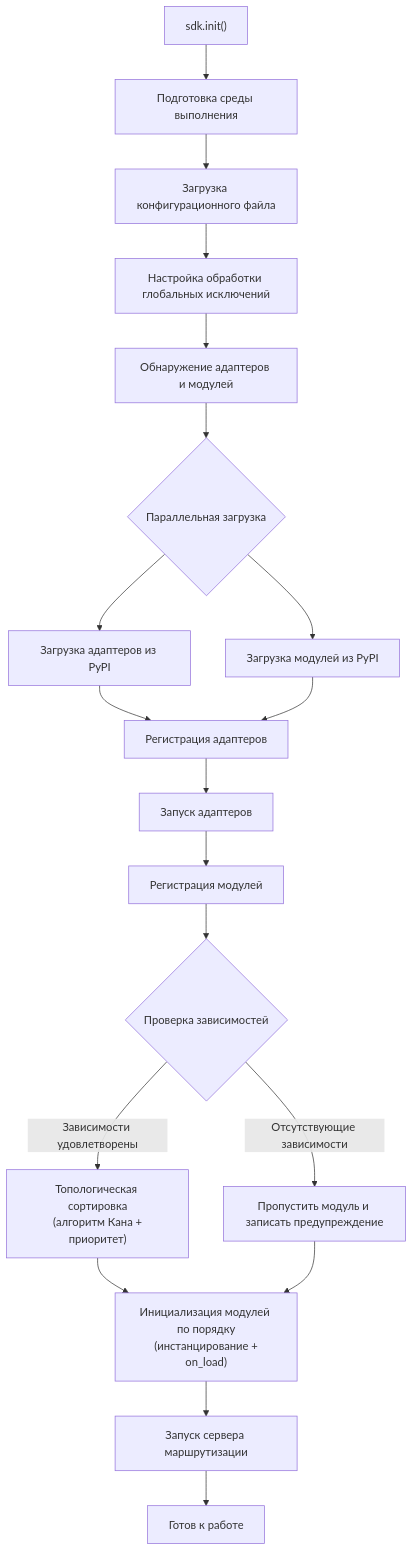
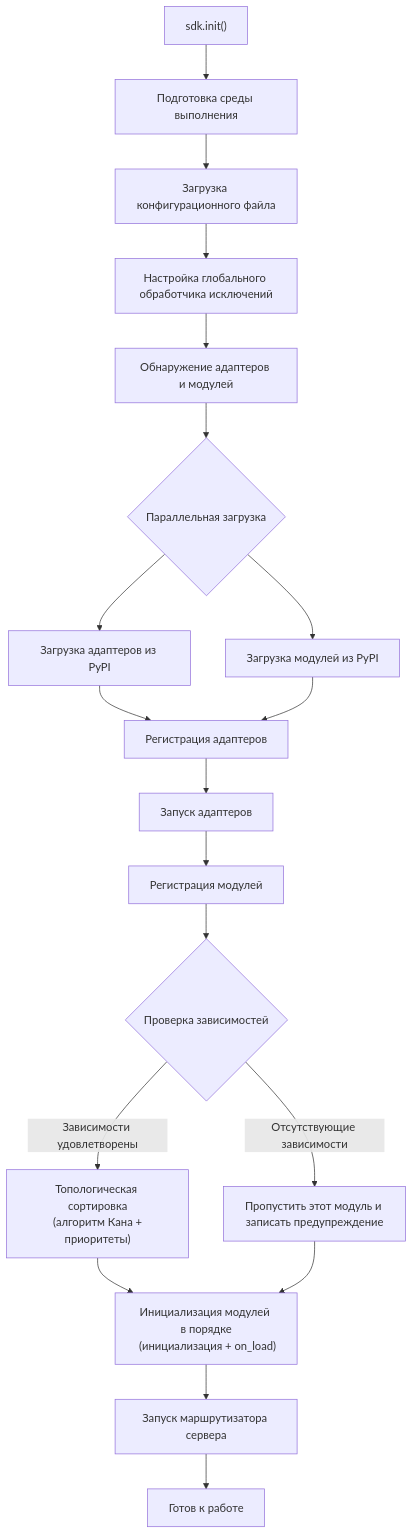
Before and after one commit to ErisPulse/ErisPulse: the second of 9 diagrams in docs/ru/architecture.md, drawn with Mermaid. The commit also changed other lines of this file and 143 other files, not shown here.

````diff
--- a/docs/ru/architecture.md
+++ b/docs/ru/architecture.md
@@ -63,20 +63,20 @@
 ```mermaid
 flowchart TD
     A["sdk.init()"] --> B["Подготовка среды выполнения"]
     B --> B1["Загрузка конфигурационного файла"]
-    B1 --> B2["Настройка обработки глобальных исключений"]
+    B1 --> B2["Настройка глобального обработчика исключений"]
     B2 --> C["Обнаружение адаптеров и модулей"]
     C --> D{"Параллельная загрузка"}
     D --> D1["Загрузка адаптеров из PyPI"]
     D --> D2["Загрузка модулей из PyPI"]
     D1 & D2 --> E["Регистрация адаптеров"]
     E --> E1["Запуск адаптеров"]
     E1 --> F["Регистрация модулей"]
     F --> F1{"Проверка зависимостей"}
-    F1 -->|"Отсутствующие зависимости"| F2["Пропустить модуль и записать предупреждение"]
-    F1 -->|"Зависимости удовлетворены"| F3["Топологическая сортировка<br/> (алгоритм Кана + приоритет)"]
-    F3 --> G["Инициализация модулей по порядку<br/> (инстанцирование + on_load)"]
+    F1 -->|"Отсутствующие зависимости"| F2["Пропустить этот модуль и записать предупреждение"]
+    F1 -->|"Зависимости удовлетворены"| F3["Топологическая сортировка<br/> (алгоритм Кана + приоритеты)"]
+    F3 --> G["Инициализация модулей в порядке<br/> (инициализация + on_load)"]
     F2 --> G
-    G --> H["Запуск сервера маршрутизации"]
+    G --> H["Запуск маршрутизатора сервера"]
     H --> K["Готов к работе"]
 ```
````
